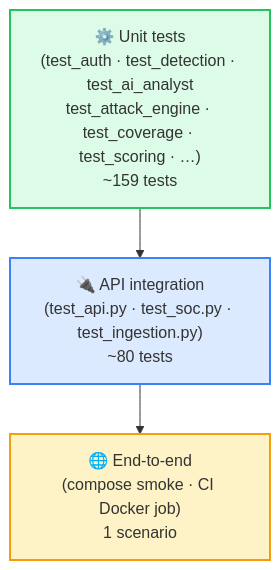
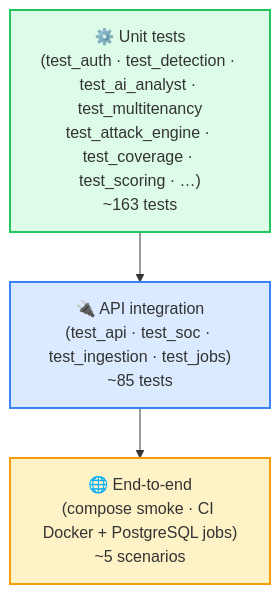
Before and after one commit to omarbabba779xx/CyberTwin-SOC: diagram 18 of 19 in README.md, drawn with Mermaid. The commit also changed other lines of this file, not shown here.

First line of the commit message:
fix(readme): replace gitGraph with timeline (renders reliably on GitHub)

````diff
--- a/README.md
+++ b/README.md
@@ -1153,15 +1157,15 @@
 ```mermaid
 flowchart TB
-    E2E["🌐 End-to-end<br/>(compose smoke · CI Docker job)<br/>1 scenario"]
-    API["🔌 API integration<br/>(test_api.py · test_soc.py · test_ingestion.py)<br/>~80 tests"]
-    UNIT["⚙️ Unit tests<br/>(test_auth · test_detection · test_ai_analyst<br/>test_attack_engine · test_coverage · test_scoring · …)<br/>~159 tests"]
+    E2E["🌐 End-to-end<br/>(compose smoke · CI Docker + PostgreSQL jobs)<br/>~5 scenarios"]
+    API["🔌 API integration<br/>(test_api · test_soc · test_ingestion · test_jobs)<br/>~85 tests"]
+    UNIT["⚙️ Unit tests<br/>(test_auth · test_detection · test_ai_analyst · test_multitenancy<br/>test_attack_engine · test_coverage · test_scoring · …)<br/>~163 tests"]
 
     UNIT --> API --> E2E
 
     classDef u fill:#dcfce7,stroke:#22c55e,stroke-width:2px
     classDef a fill:#dbeafe,stroke:#3b82f6,stroke-width:2px
     classDef e fill:#fef3c7,stroke:#f59e0b,stroke-width:2px
     class UNIT u
     class API a
     class E2E e
 ```
````
